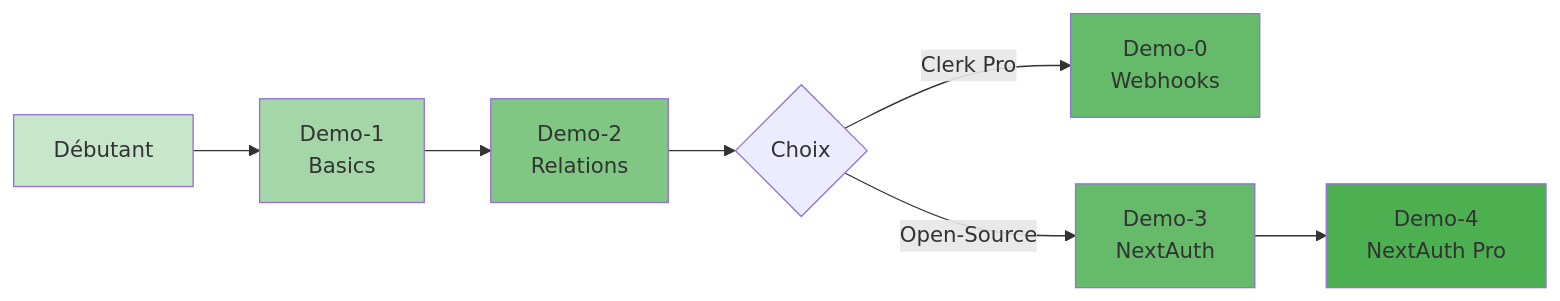
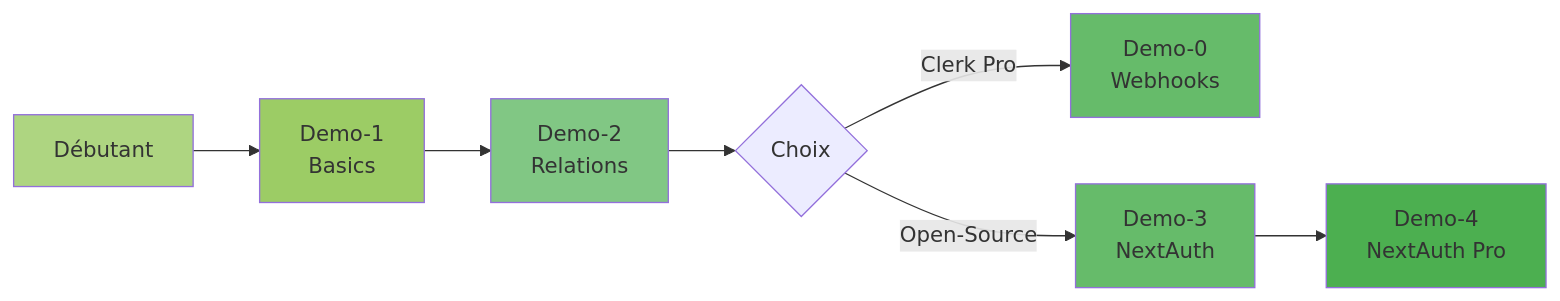
One commit to inskillflow/auths-1-NEXTJS-introduction changed diagram 31 of 39 in 02-DIAGRAMMES_ARCHITECTURES.md. Above: the diagram before and after it, drawn with Mermaid. The commit also changed other lines of this file, not shown here.

````diff
--- a/02-DIAGRAMMES_ARCHITECTURES.md
+++ b/02-DIAGRAMMES_ARCHITECTURES.md
@@ -1012,18 +1012,18 @@
 ```mermaid
 graph LR
     START[Débutant] --> D1[Demo-1<br/>Basics]
     D1 --> D2[Demo-2<br/>Relations]
     D2 --> CHOICE{Choix}
     
     CHOICE -->|Clerk Pro| D0[Demo-0<br/>Webhooks]
     CHOICE -->|Open-Source| D3[Demo-3<br/>NextAuth]
     
     D3 --> D4[Demo-4<br/>NextAuth Pro]
     
-    style START fill:#c8e6c9
-    style D1 fill:#a5d6a7
+    style START fill:#aed581
+    style D1 fill:#9ccc65
     style D2 fill:#81c784
     style D0 fill:#66bb6a
     style D3 fill:#66bb6a
     style D4 fill:#4caf50
 ```
````
